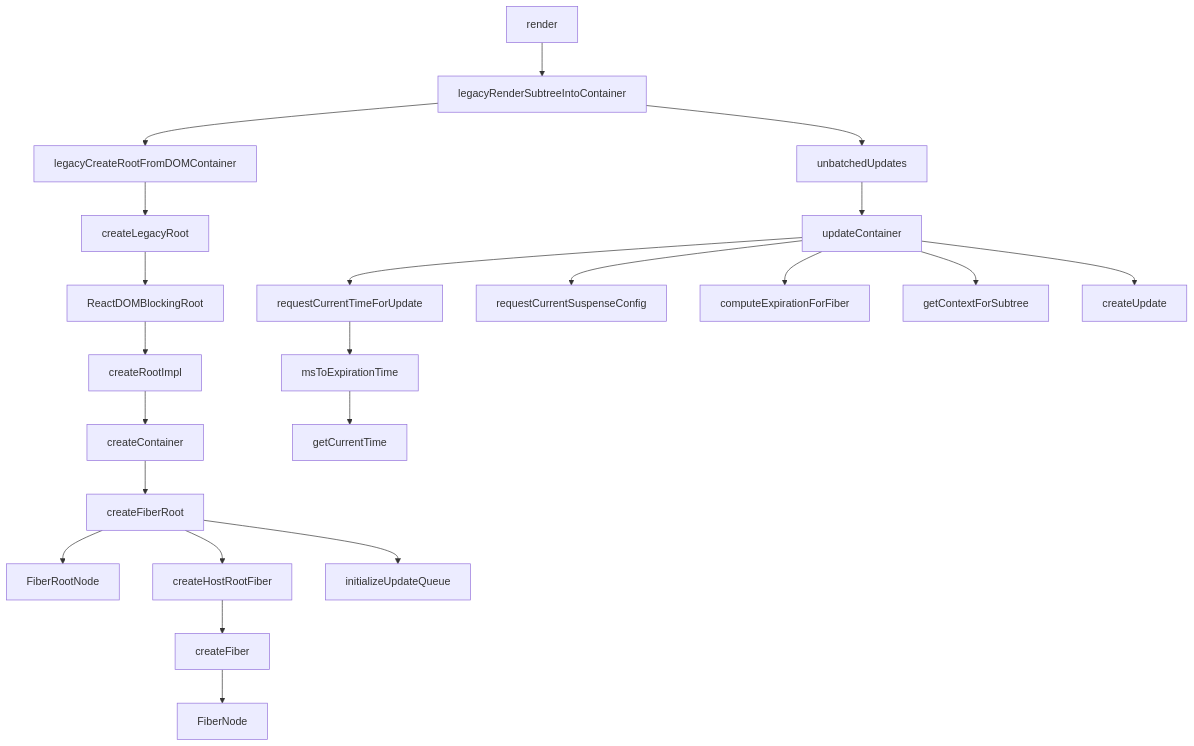
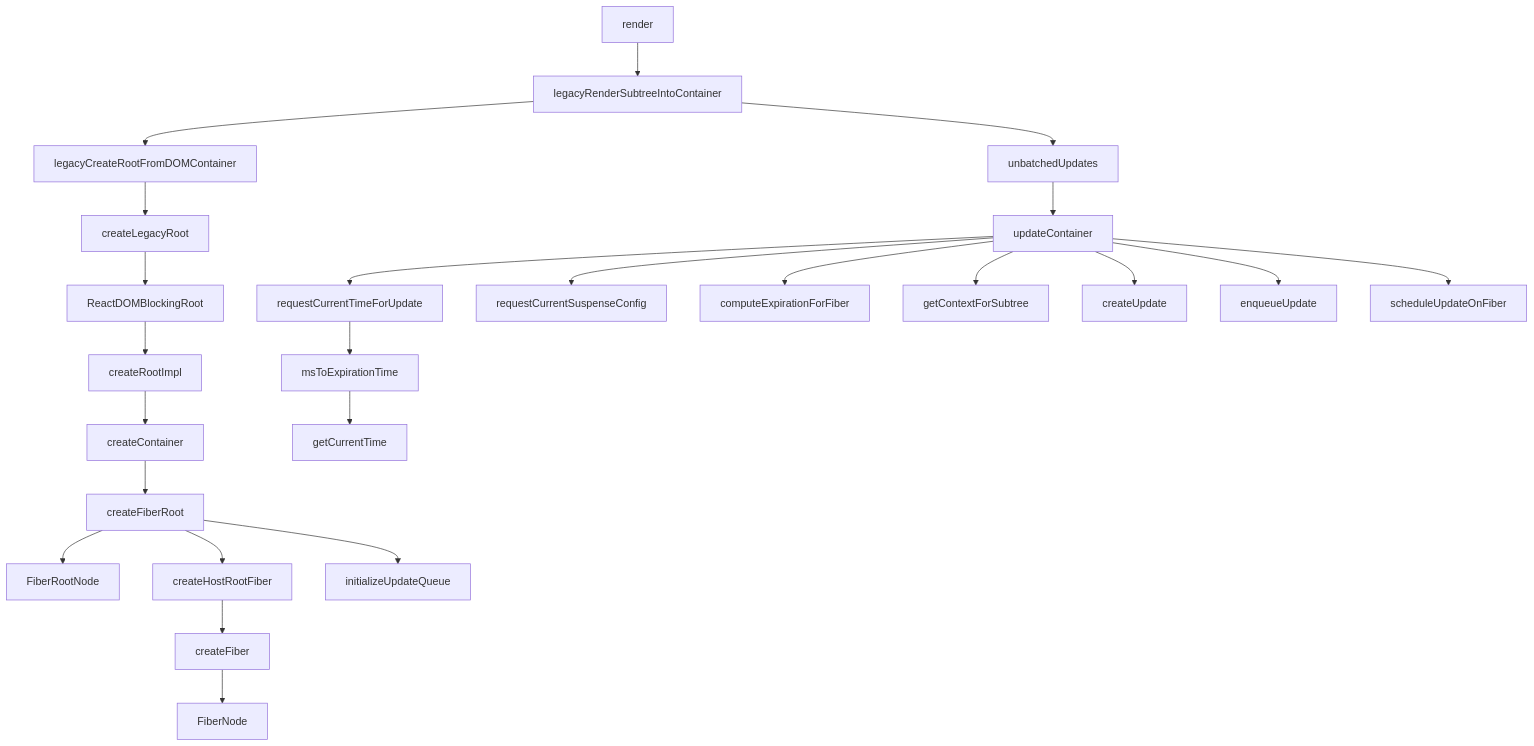
One commit to ginnko/ginnko.github.io changed the first of 3 diagrams in source/_posts/2020-07-12-react源码学习之首次渲染的更新过程.md. Above: the diagram before and after it, drawn with Mermaid. The commit also changed other lines of this file and 2 other files, not shown here.

````diff
--- a/source/_posts/2020-07-12-react源码学习之首次渲染的更新过程.md
+++ b/source/_posts/2020-07-12-react源码学习之首次渲染的更新过程.md
@@ -15,25 +15,27 @@
 ```mermaid
 graph TD;
 
   render --> legacyRenderSubtreeIntoContainer;
   legacyRenderSubtreeIntoContainer --> legacyCreateRootFromDOMContainer;
   legacyCreateRootFromDOMContainer --> createLegacyRoot;
   createLegacyRoot --> ReactDOMBlockingRoot;
   ReactDOMBlockingRoot --> createRootImpl;
   createRootImpl --> createContainer;
   createContainer --> createFiberRoot;
   createFiberRoot --> FiberRootNode;
   createFiberRoot --> createHostRootFiber;
   createFiberRoot --> initializeUpdateQueue;
   createHostRootFiber --> createFiber;
   createFiber --> FiberNode;
   legacyRenderSubtreeIntoContainer --> unbatchedUpdates;
   unbatchedUpdates --> updateContainer;
   updateContainer --> requestCurrentTimeForUpdate;
   requestCurrentTimeForUpdate --> msToExpirationTime;
   msToExpirationTime --> getCurrentTime;
   updateContainer --> requestCurrentSuspenseConfig;
   updateContainer --> computeExpirationForFiber;
   updateContainer --> getContextForSubtree;
   updateContainer --> createUpdate;
+  updateContainer --> enqueueUpdate;
+  updateContainer --> scheduleUpdateOnFiber;
 ```
````
